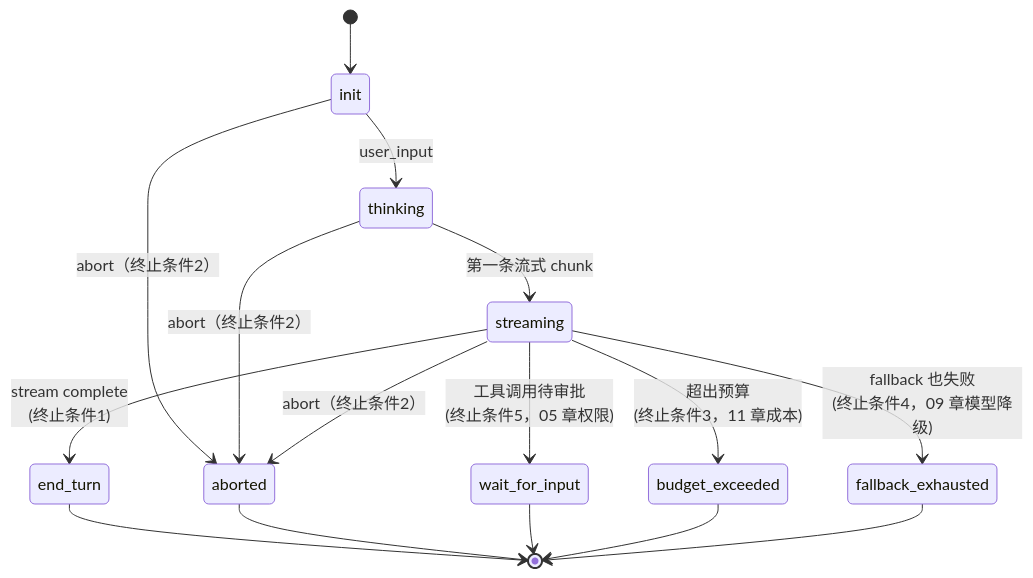
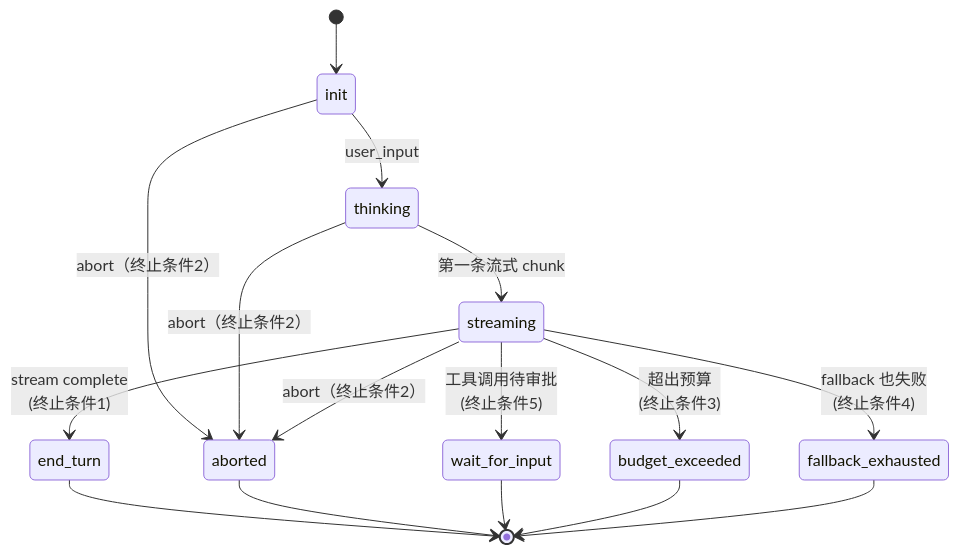
One commit to UranusGit/java-agent-learn changed the fourth of 4 diagrams in docs/web-claude/04-Agent-Loop.md. Above: the diagram before and after it, drawn with Mermaid. The commit also changed other lines of this file and 184 other files, not shown here.

````diff
--- a/docs/web-claude/04-Agent-Loop.md
+++ b/docs/web-claude/04-Agent-Loop.md
@@ -414,18 +414,18 @@
 ```mermaid
 stateDiagram-v2
     [*] --> init
     init --> thinking: user_input
     thinking --> streaming: 第一条流式 chunk
     streaming --> end_turn: stream complete<br/>(终止条件1)
     init --> aborted: abort（终止条件2）
     thinking --> aborted: abort（终止条件2）
     streaming --> aborted: abort（终止条件2）
     end_turn --> [*]
     aborted --> [*]
-    streaming --> wait_for_input: 工具调用待审批<br/>(终止条件5，05 章权限)
-    streaming --> budget_exceeded: 超出预算<br/>(终止条件3，11 章成本)
-    streaming --> fallback_exhausted: fallback 也失败<br/>(终止条件4，09 章模型降级)
+    streaming --> wait_for_input: 工具调用待审批<br/>(终止条件5)
+    streaming --> budget_exceeded: 超出预算<br/>(终止条件3)
+    streaming --> fallback_exhausted: fallback 也失败<br/>(终止条件4)
     wait_for_input --> [*]
     budget_exceeded --> [*]
     fallback_exhausted --> [*]
 ```
````
